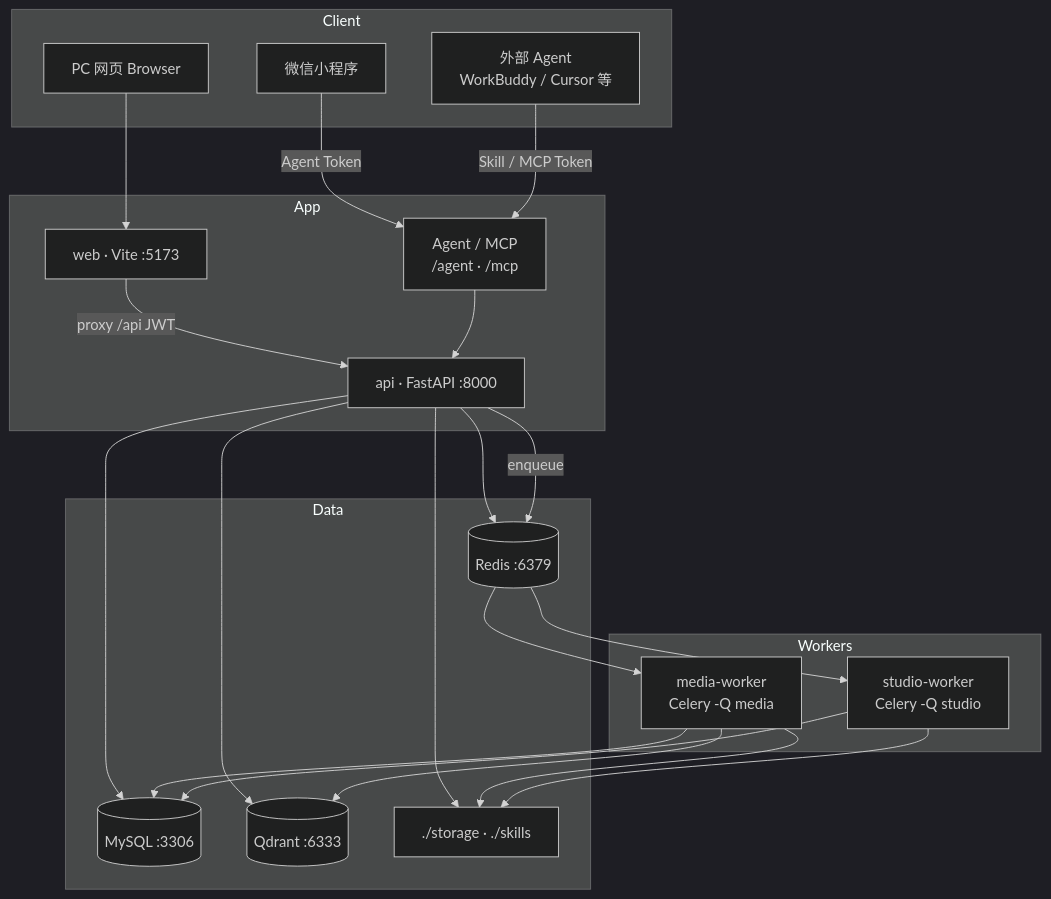
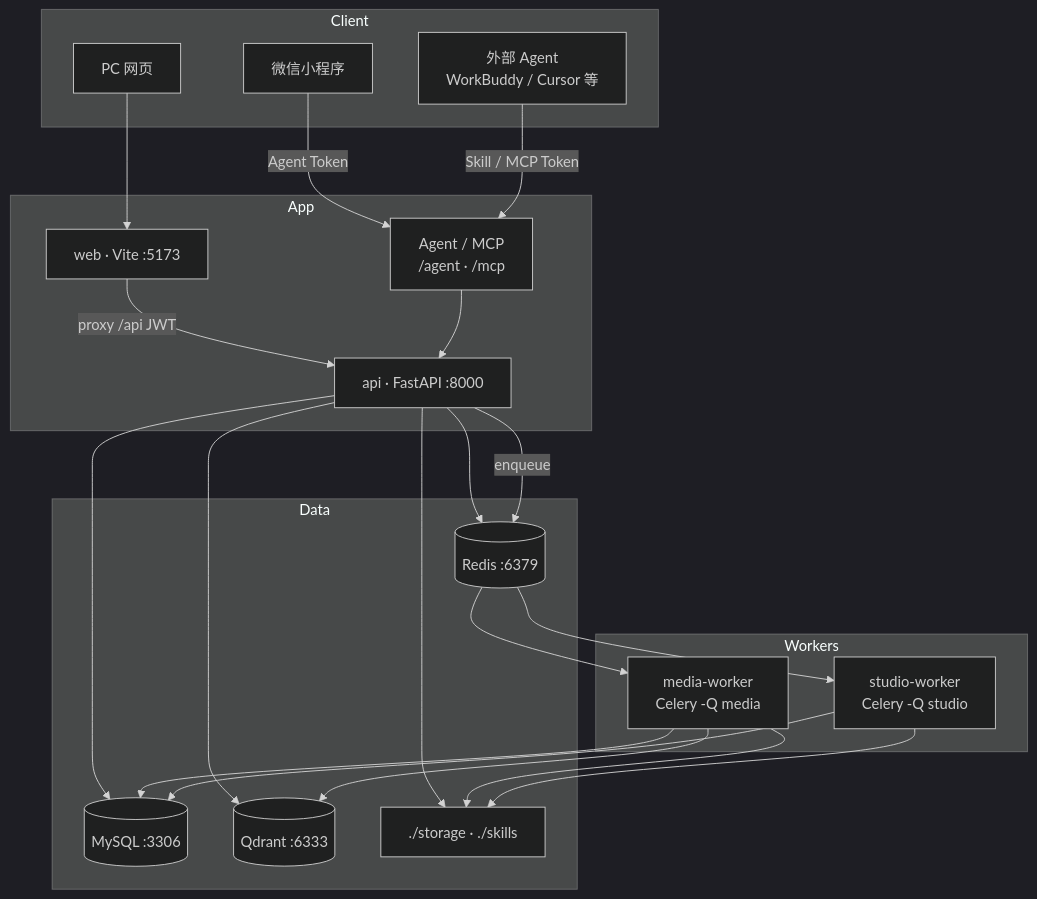
One commit to CallStorm/video-notebook changed the first of 2 diagrams in docs/architecture.md. Above: the diagram before and after it, drawn with Mermaid (dark theme). The commit also changed other lines of this file and 10 other files, not shown here.

````diff
--- a/docs/architecture.md
+++ b/docs/architecture.md
@@ -9,44 +9,44 @@
 ```mermaid
 flowchart TB
   subgraph Client
-    Browser[PC 网页 Browser]
+    Browser[PC 网页]
     Mini[微信小程序]
     ExtAgent[外部 Agent<br/>WorkBuddy / Cursor 等]
   end
 
   subgraph App
     Web[web · Vite :5173]
     API[api · FastAPI :8000]
     AgentFace[Agent / MCP<br/>/agent · /mcp]
   end
 
   subgraph Workers
     MW[media-worker<br/>Celery -Q media]
     SW[studio-worker<br/>Celery -Q studio]
   end
 
   subgraph Data
     MySQL[(MySQL :3306)]
     Redis[(Redis :6379)]
     Qdrant[(Qdrant :6333)]
     FS[./storage · ./skills]
   end
 
   Browser --> Web
   Web -->|proxy /api JWT| API
   Mini -->|Agent Token| AgentFace
   ExtAgent -->|Skill / MCP Token| AgentFace
   AgentFace --> API
   API --> MySQL
   API --> Redis
   API --> Qdrant
   API --> FS
   API -->|enqueue| Redis
   Redis --> MW
   Redis --> SW
   MW --> MySQL
   MW --> FS
   MW --> Qdrant
   SW --> MySQL
   SW --> FS
 ```
````
